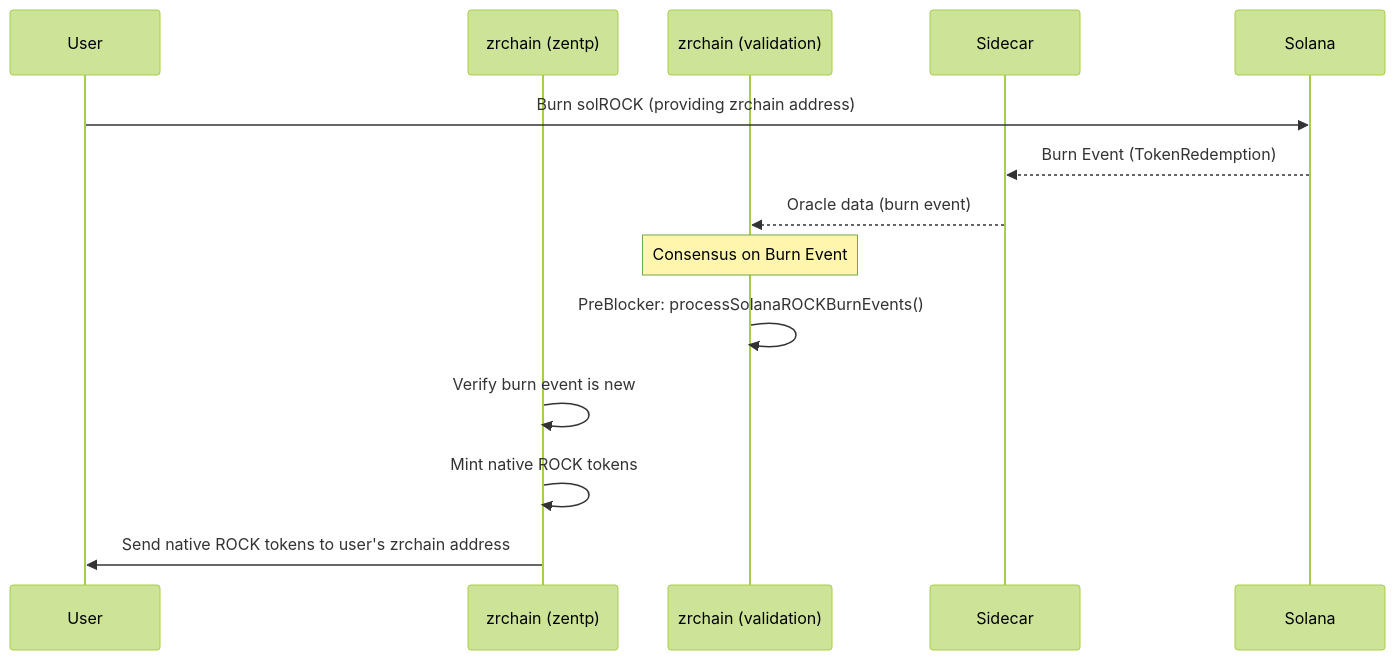
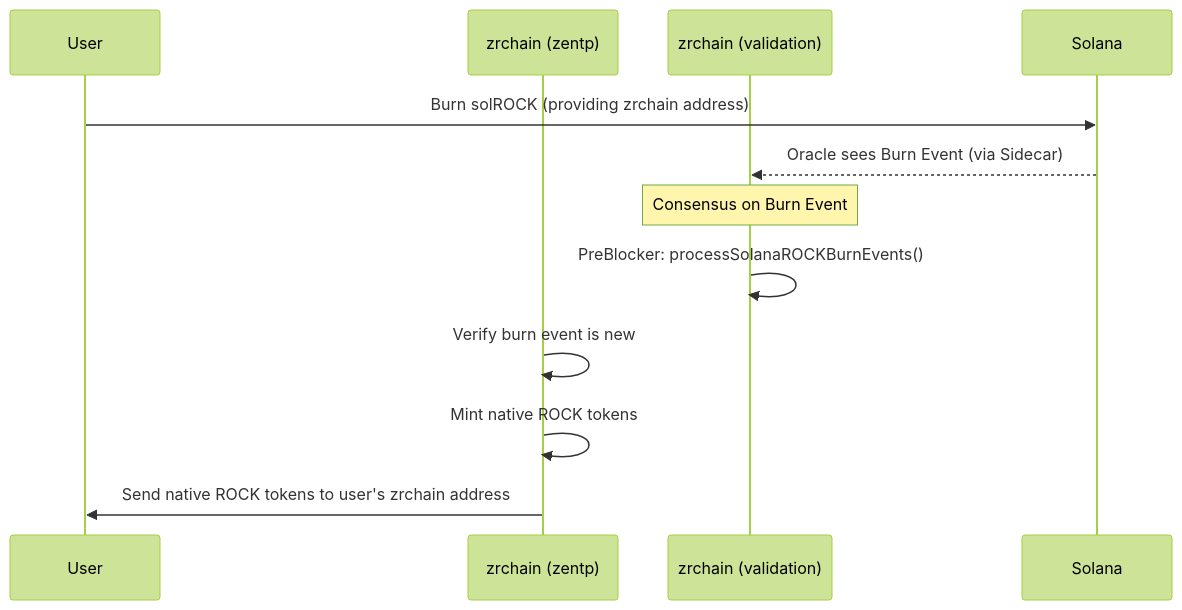
The fourth of 4 diagrams in docs/README.md (zenrocklabs/zrchain), drawn with Mermaid (forest theme) before and after one commit. The commit also changed other lines of this file, not shown here.

````diff
--- a/docs/README.md
+++ b/docs/README.md
@@ -152,18 +168,16 @@
 ```mermaid
 sequenceDiagram
     participant User
     participant zrchain as zrchain (zentp)
     participant zrchain_val as zrchain (validation)
-    participant Sidecar
     participant Solana
 
     User->>Solana: Burn solROCK (providing zrchain address)
-    Solana-->>Sidecar: Burn Event (TokenRedemption)
-    Sidecar-->>zrchain_val: Oracle data (burn event)
+    Solana-->>zrchain_val: Oracle sees Burn Event (via Sidecar)
 
     Note over zrchain_val: Consensus on Burn Event
     zrchain_val->>zrchain_val: PreBlocker: processSolanaROCKBurnEvents()
     zrchain->>zrchain: Verify burn event is new
     zrchain->>zrchain: Mint native ROCK tokens
     zrchain->>User: Send native ROCK tokens to user's zrchain address
 ```
````
